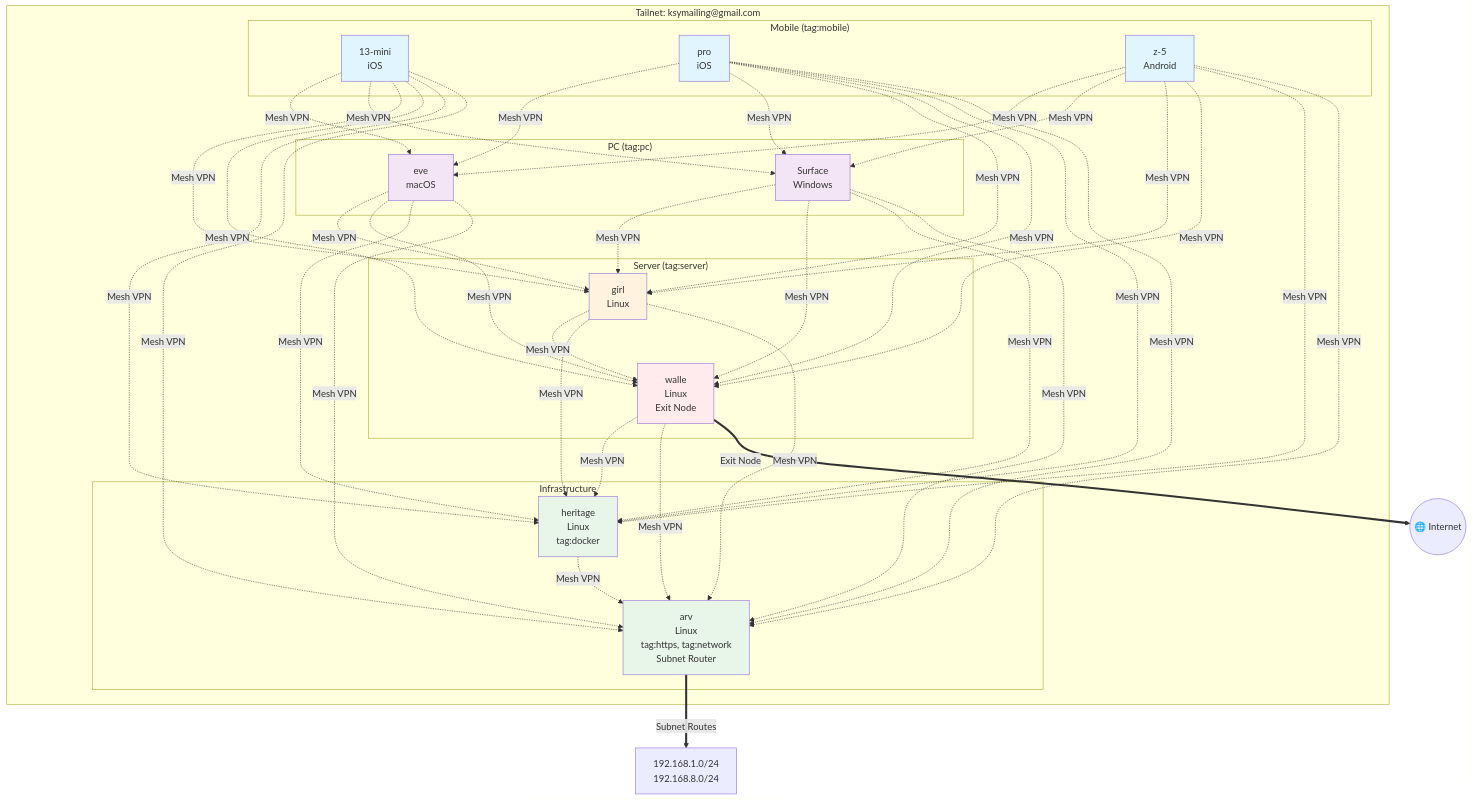
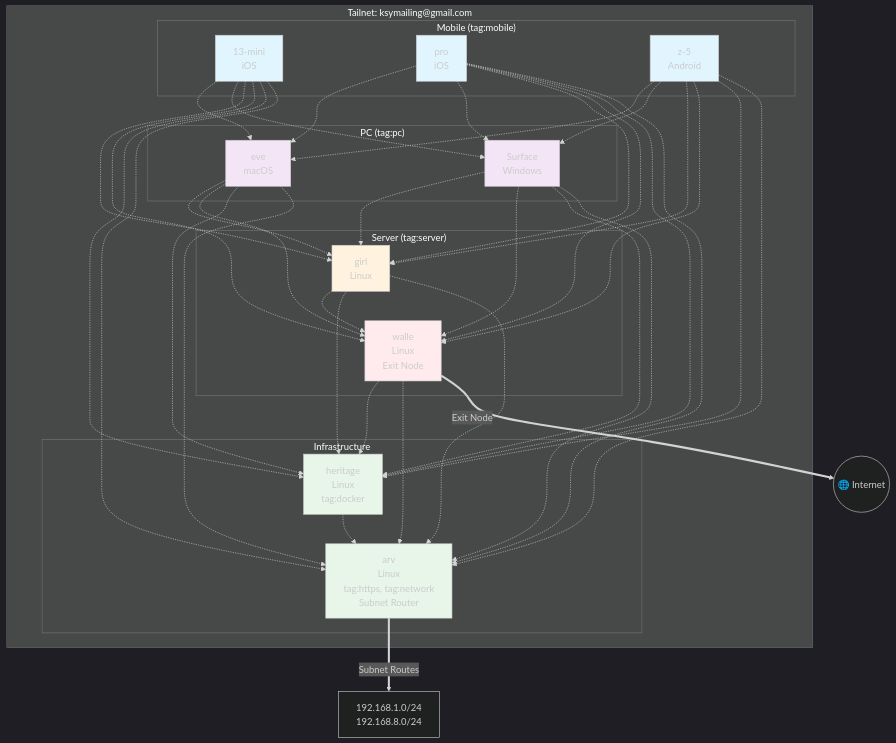
One commit to deuxksy/sylph changed the diagram in docs/network-diagram.md. Above: the diagram before and after it, drawn with Mermaid. The commit also changed 1 other file, not shown here.

Commit message:
fix: update network diagram in documentation for consistency and clarity

````diff
--- a/docs/network-diagram.md
+++ b/docs/network-diagram.md
@@ -7,64 +7,65 @@
 ```mermaid
+%%{init: {'theme': 'dark'}}%%
 graph TB
     subgraph "Tailnet: ksymailing@gmail.com"
         subgraph "Mobile (tag:mobile)"
             M1[13-mini<br/>iOS]
             M2[pro<br/>iOS]
             M3[z-5<br/>Android]
         end
         
         subgraph "PC (tag:pc)"
             PC1[eve<br/>macOS]
             PC2[Surface<br/>Windows]
         end
         
         subgraph "Server (tag:server)"
             S1[girl<br/>Linux]
             S2[walle<br/>Linux<br/>Exit Node]
         end
         
         subgraph "Infrastructure"
             I1[heritage<br/>Linux<br/>tag:docker]
             I2[arv<br/>Linux<br/>tag:https, tag:network<br/>Subnet Router]
         end
     end
     
-    M1 & M2 & M3 -.->|Mesh VPN| PC1
-    M1 & M2 & M3 -.->|Mesh VPN| PC2
-    M1 & M2 & M3 -.->|Mesh VPN| S1
-    M1 & M2 & M3 -.->|Mesh VPN| S2
-    M1 & M2 & M3 -.->|Mesh VPN| I1
-    M1 & M2 & M3 -.->|Mesh VPN| I2
-    
-    PC1 -.->|Mesh VPN| S1
-    PC1 -.->|Mesh VPN| S2
-    PC1 -.->|Mesh VPN| I1
-    PC1 -.->|Mesh VPN| I2
-    
-    PC2 -.->|Mesh VPN| S1
-    PC2 -.->|Mesh VPN| S2
-    PC2 -.->|Mesh VPN| I1
-    PC2 -.->|Mesh VPN| I2
-    
-    S1 -.->|Mesh VPN| S2
-    S1 -.->|Mesh VPN| I1
-    S1 -.->|Mesh VPN| I2
-    
-    S2 -.->|Mesh VPN| I1
-    S2 -.->|Mesh VPN| I2
-    
-    I1 -.->|Mesh VPN| I2
+M1 & M2 & M3 -.-> PC1
+    M1 & M2 & M3 -.-> PC2
+    M1 & M2 & M3 -.-> S1
+    M1 & M2 & M3 -.-> S2
+    M1 & M2 & M3 -.-> I1
+    M1 & M2 & M3 -.-> I2
+
+    PC1 -.-> S1
+    PC1 -.-> S2
+    PC1 -.-> I1
+    PC1 -.-> I2
+
+    PC2 -.-> S1
+    PC2 -.-> S2
+    PC2 -.-> I1
+    PC2 -.-> I2
+
+    S1 -.-> S2
+    S1 -.-> I1
+    S1 -.-> I2
+
+    S2 -.-> I1
+    S2 -.-> I2
+
+    I1 -.-> I2
     
     S2 ==>|Exit Node| Internet((🌐 Internet))
     I2 ==>|Subnet Routes| LAN[192.168.1.0/24<br/>192.168.8.0/24]
     
     style M1 fill:#e1f5fe
     style M2 fill:#e1f5fe
     style M3 fill:#e1f5fe
     style PC1 fill:#f3e5f5
     style PC2 fill:#f3e5f5
     style S1 fill:#fff3e0
     style S2 fill:#ffebee
     style I1 fill:#e8f5e9
     style I2 fill:#e8f5e9
 ```
````
